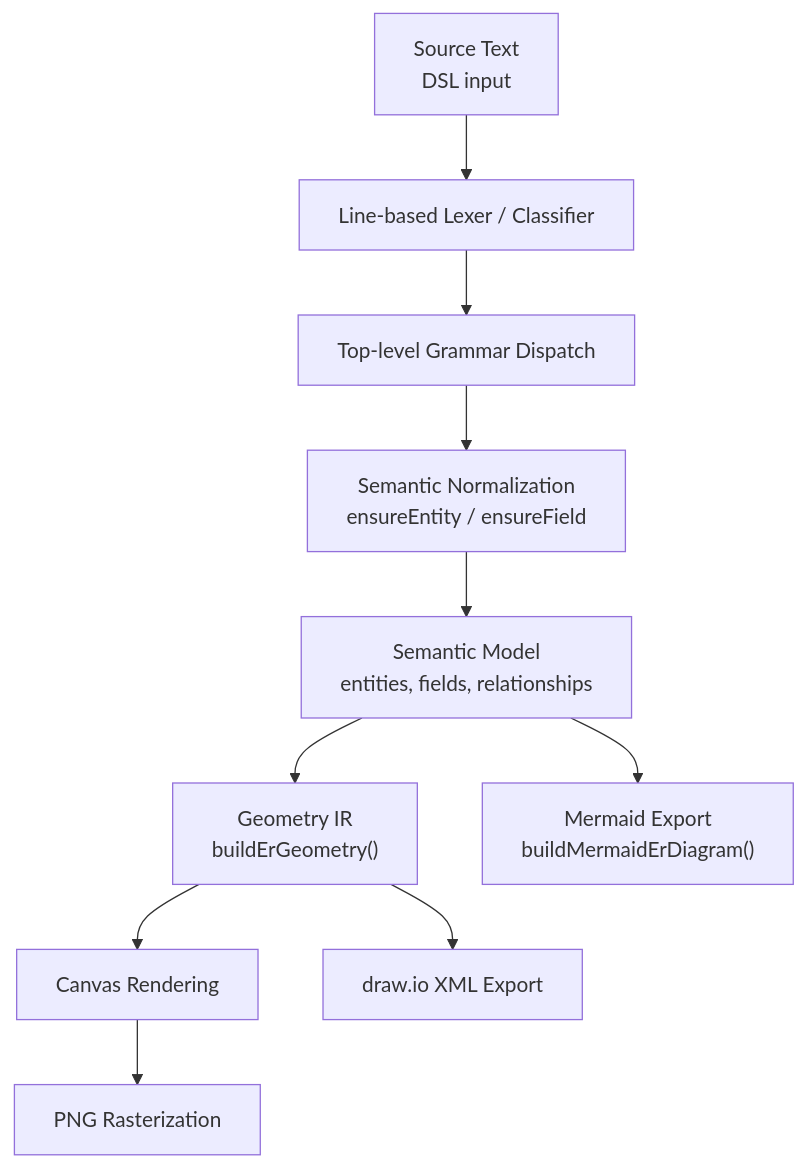
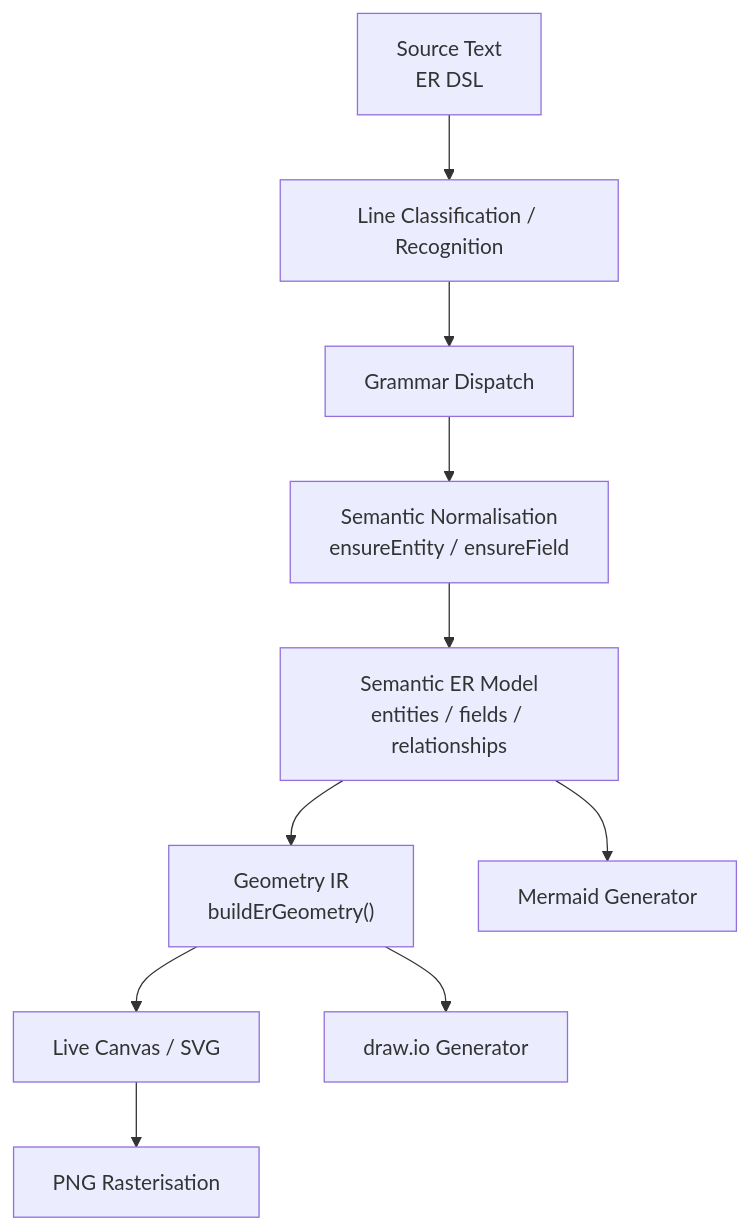
The diagram in docs/dsl-compiler-architecture.md (vikascohen/Salesforce-ER-Modeller-Studio), drawn with Mermaid before and after one commit. The commit also changed other lines of this file, not shown here.

Commit message:
Tighten ER DSL compiler architecture documentation

````diff
--- a/docs/dsl-compiler-architecture.md
+++ b/docs/dsl-compiler-architecture.md
@@ -34,12 +34,12 @@
 ```mermaid
 flowchart TD
-    A["Source Text<br/>DSL input"] --> B["Line-based Lexer / Classifier"]
-    B --> C["Top-level Grammar Dispatch"]
-    C --> D["Semantic Normalization<br/>ensureEntity / ensureField"]
-    D --> E["Semantic Model<br/>entities, fields, relationships"]
+    A["Source Text<br/>ER DSL"] --> B["Line Classification / Recognition"]
+    B --> C["Grammar Dispatch"]
+    C --> D["Semantic Normalisation<br/>ensureEntity / ensureField"]
+    D --> E["Semantic ER Model<br/>entities / fields / relationships"]
     E --> F["Geometry IR<br/>buildErGeometry()"]
-    E --> G["Mermaid Export<br/>buildMermaidErDiagram()"]
-    F --> H["Canvas Rendering"]
-    F --> I["draw.io XML Export"]
-    H --> J["PNG Rasterization"]
+    E --> G["Mermaid Generator"]
+    F --> H["Live Canvas / SVG"]
+    F --> I["draw.io Generator"]
+    H --> J["PNG Rasterisation"]
 ```
````
